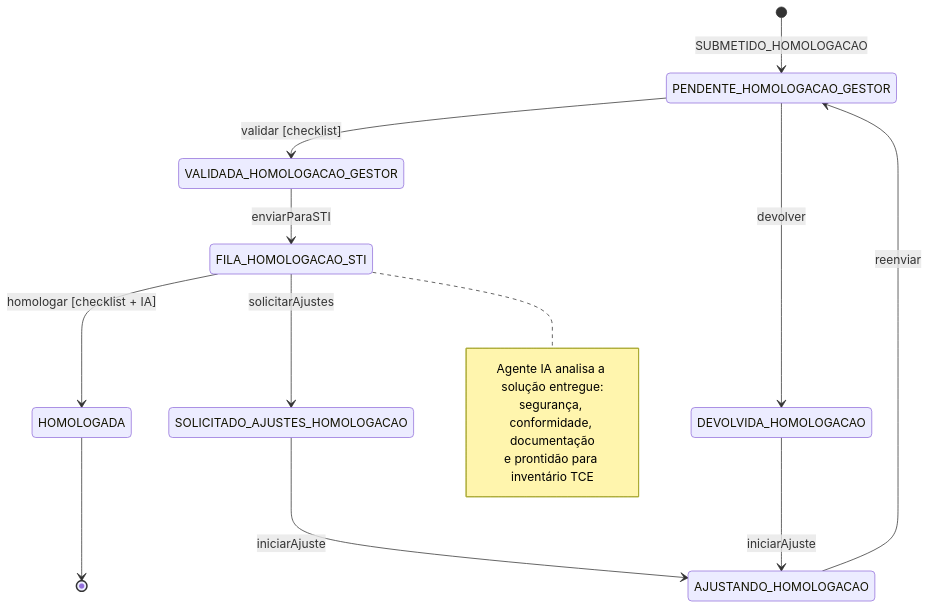
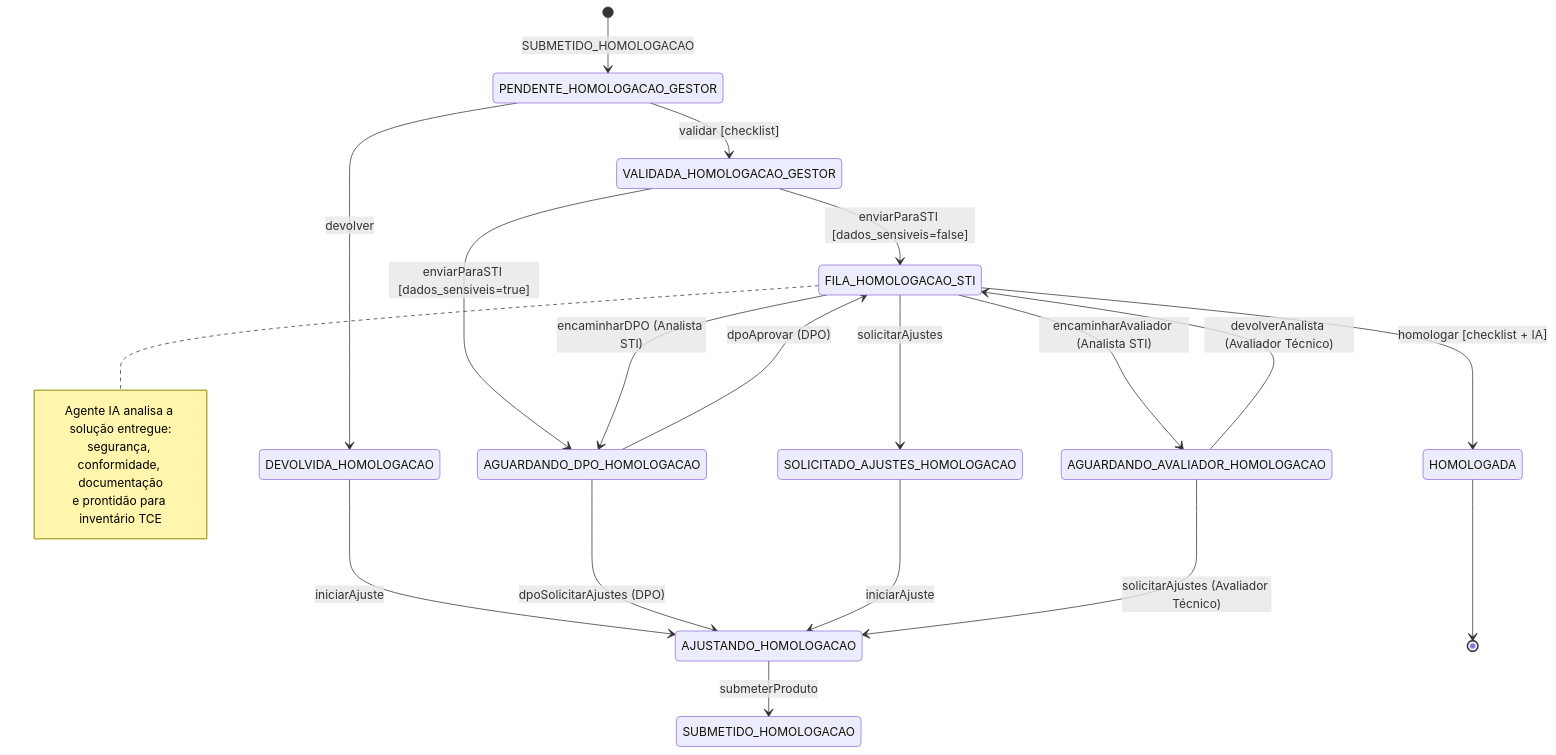
Before and after one commit to jalcoforado/agilize: the fourth of 5 diagrams in docs/FLUXO.md, drawn with Mermaid. The commit also changed other lines of this file and 121 other files, not shown here.

````diff
--- a/docs/FLUXO.md
+++ b/docs/FLUXO.md
@@ -79,25 +91,35 @@
 ```mermaid
 stateDiagram-v2
     [*] --> PENDENTE_HOMOLOGACAO_GESTOR : SUBMETIDO_HOMOLOGACAO
 
     PENDENTE_HOMOLOGACAO_GESTOR --> VALIDADA_HOMOLOGACAO_GESTOR : validar [checklist]
     PENDENTE_HOMOLOGACAO_GESTOR --> DEVOLVIDA_HOMOLOGACAO : devolver
 
     DEVOLVIDA_HOMOLOGACAO --> AJUSTANDO_HOMOLOGACAO : iniciarAjuste
-    AJUSTANDO_HOMOLOGACAO --> PENDENTE_HOMOLOGACAO_GESTOR : reenviar
+    AJUSTANDO_HOMOLOGACAO --> SUBMETIDO_HOMOLOGACAO : submeterProduto
 
-    VALIDADA_HOMOLOGACAO_GESTOR --> FILA_HOMOLOGACAO_STI : enviarParaSTI
+    VALIDADA_HOMOLOGACAO_GESTOR --> FILA_HOMOLOGACAO_STI : enviarParaSTI [dados_sensiveis=false]
+    VALIDADA_HOMOLOGACAO_GESTOR --> AGUARDANDO_DPO_HOMOLOGACAO : enviarParaSTI [dados_sensiveis=true]
+
+    FILA_HOMOLOGACAO_STI --> AGUARDANDO_DPO_HOMOLOGACAO : encaminharDPO (Analista STI)
+
+    AGUARDANDO_DPO_HOMOLOGACAO --> FILA_HOMOLOGACAO_STI : dpoAprovar (DPO)
+    AGUARDANDO_DPO_HOMOLOGACAO --> AJUSTANDO_HOMOLOGACAO : dpoSolicitarAjustes (DPO)
 
     FILA_HOMOLOGACAO_STI --> HOMOLOGADA : homologar [checklist + IA]
     FILA_HOMOLOGACAO_STI --> SOLICITADO_AJUSTES_HOMOLOGACAO : solicitarAjustes
+    FILA_HOMOLOGACAO_STI --> AGUARDANDO_AVALIADOR_HOMOLOGACAO : encaminharAvaliador (Analista STI)
 
     SOLICITADO_AJUSTES_HOMOLOGACAO --> AJUSTANDO_HOMOLOGACAO : iniciarAjuste
+
+    AGUARDANDO_AVALIADOR_HOMOLOGACAO --> FILA_HOMOLOGACAO_STI : devolverAnalista (Avaliador Técnico)
+    AGUARDANDO_AVALIADOR_HOMOLOGACAO --> AJUSTANDO_HOMOLOGACAO : solicitarAjustes (Avaliador Técnico)
 
     note right of FILA_HOMOLOGACAO_STI
         Agente IA analisa a solução entregue:
         segurança, conformidade, documentação
         e prontidão para inventário TCE
     end note
 
     HOMOLOGADA --> [*]
 ```
````
